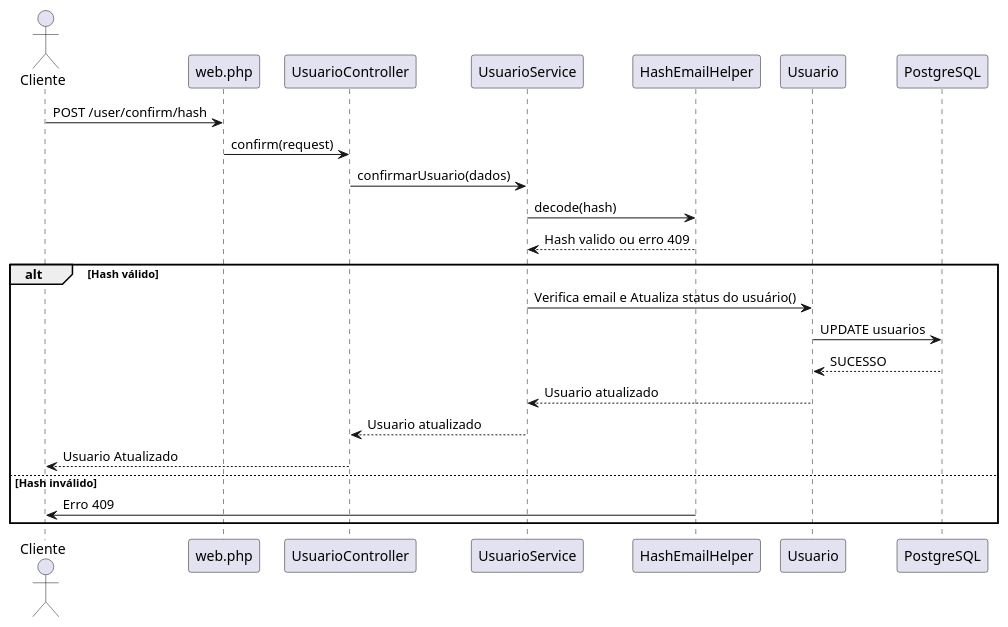
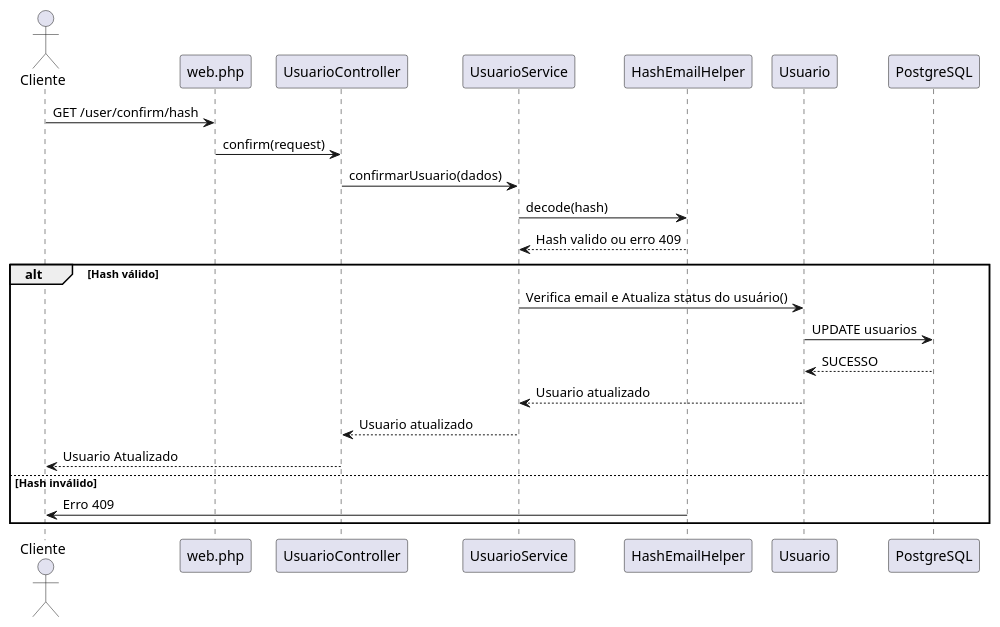
The diagram in docs/sprints/sprint-v0_1/feat-cadastro_usuario/diagrama_de_sequencia/confirmar_cadastro.plantuml (LucaseNogueira/laravel_dieta_treino_api), drawn with PlantUML before and after one commit. The commit also changed 13 other files, not shown here.

```diff
--- a/docs/sprints/sprint-v0_1/feat-cadastro_usuario/diagrama_de_sequencia/confirmar_cadastro.plantuml
+++ b/docs/sprints/sprint-v0_1/feat-cadastro_usuario/diagrama_de_sequencia/confirmar_cadastro.plantuml
@@ -1,20 +1,20 @@
 @startuml Confirmar Cadastro Usuario
 actor Cliente
 
-Cliente -> web.php : POST /user/confirm/hash
+Cliente -> web.php : GET /user/confirm/hash
 web.php -> UsuarioController : confirm(request)
 UsuarioController -> UsuarioService : confirmarUsuario(dados)
 UsuarioService -> HashEmailHelper : decode(hash)
 HashEmailHelper --> UsuarioService : Hash valido ou erro 409
 
 alt Hash válido
     UsuarioService -> Usuario : Verifica email e Atualiza status do usuário()
     Usuario -> PostgreSQL : UPDATE usuarios
     PostgreSQL --> Usuario : SUCESSO
     Usuario --> UsuarioService : Usuario atualizado
     UsuarioService --> UsuarioController : Usuario atualizado
     UsuarioController --> Cliente : Usuario Atualizado
 else Hash inválido
     HashEmailHelper -> Cliente : Erro 409
 end
 @enduml
```
